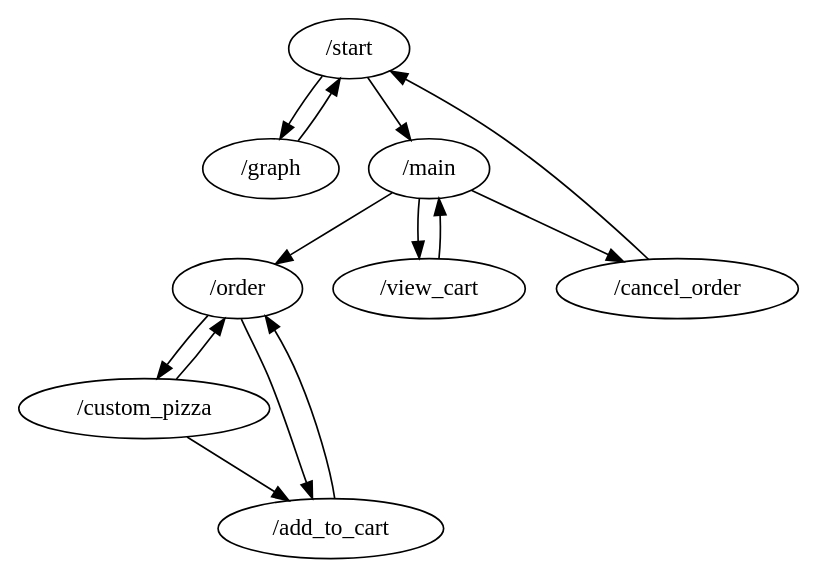
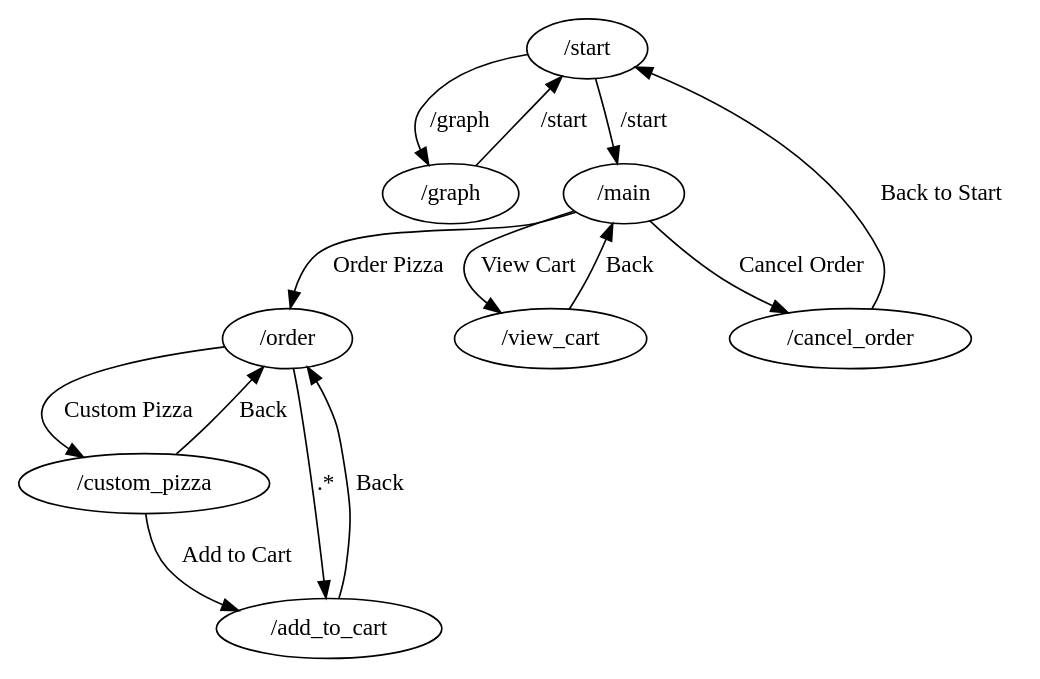
Before and after one commit to pysyun/pysyun_conversation_flow: the diagram in flows/pizza.dot, drawn with Graphviz. The commit also changed 3 other files, not shown here.

Commit message:
- Displaying transitions as labels on edges in the graph.

```diff
--- a/flows/pizza.dot
+++ b/flows/pizza.dot
@@ -1,15 +1,15 @@
 digraph G {
- "/start" -> "/graph"
- "/graph" -> "/start"
- "/start" -> "/main"
- "/main" -> "/order"
- "/order" -> "/custom_pizza"
- "/custom_pizza" -> "/add_to_cart"
- "/order" -> "/add_to_cart"
- "/main" -> "/view_cart"
- "/main" -> "/cancel_order"
- "/custom_pizza" -> "/order"
- "/add_to_cart" -> "/order"
- "/view_cart" -> "/main"
- "/cancel_order" -> "/start"
+ "/start" -> "/graph" [label="/graph"]
+ "/graph" -> "/start" [label="/start"]
+ "/start" -> "/main" [label="/start"]
+ "/main" -> "/order" [label="Order Pizza"]
+ "/order" -> "/custom_pizza" [label="Custom Pizza"]
+ "/custom_pizza" -> "/add_to_cart" [label="Add to Cart"]
+ "/order" -> "/add_to_cart" [label=".*"]
+ "/main" -> "/view_cart" [label="View Cart"]
+ "/main" -> "/cancel_order" [label="Cancel Order"]
+ "/custom_pizza" -> "/order" [label=Back]
+ "/add_to_cart" -> "/order" [label=Back]
+ "/view_cart" -> "/main" [label=Back]
+ "/cancel_order" -> "/start" [label="Back to Start"]
 }
```
